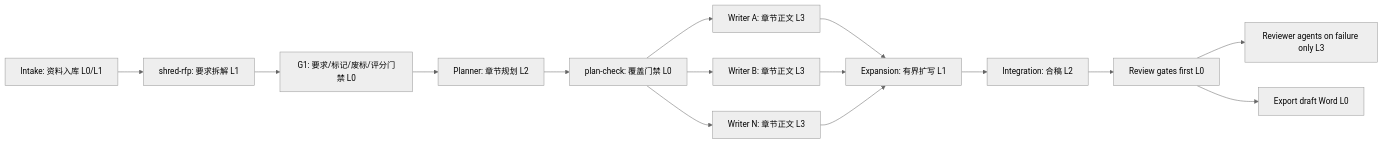
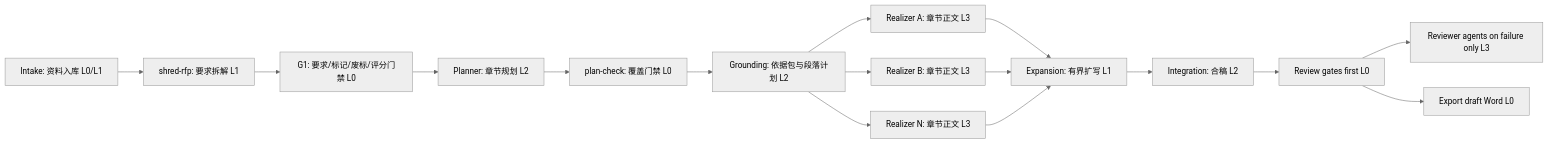
Before and after one commit to cheese0920/toubiaoagent: the diagram in docs/external-benchmark-and-absorption-plan.md, drawn with Mermaid (neutral theme). The commit also changed other lines of this file and 24 other files, not shown here.

````diff
--- a/docs/external-benchmark-and-absorption-plan.md
+++ b/docs/external-benchmark-and-absorption-plan.md
@@ -27,17 +27,18 @@
 ```mermaid
 flowchart LR
     A["Intake: 资料入库 L0/L1"] --> B["shred-rfp: 要求拆解 L1"]
     B --> C["G1: 要求/标记/废标/评分门禁 L0"]
     C --> D["Planner: 章节规划 L2"]
     D --> E["plan-check: 覆盖门禁 L0"]
-    E --> F1["Writer A: 章节正文 L3"]
-    E --> F2["Writer B: 章节正文 L3"]
-    E --> F3["Writer N: 章节正文 L3"]
+    E --> P["Grounding: 依据包与段落计划 L2"]
+    P --> F1["Realizer A: 章节正文 L3"]
+    P --> F2["Realizer B: 章节正文 L3"]
+    P --> F3["Realizer N: 章节正文 L3"]
     F1 --> G["Expansion: 有界扩写 L1"]
     F2 --> G
     F3 --> G
     G --> H["Integration: 合稿 L2"]
     H --> I["Review gates first L0"]
     I --> J["Reviewer agents on failure only L3"]
     I --> K["Export draft Word L0"]
 ```
````
